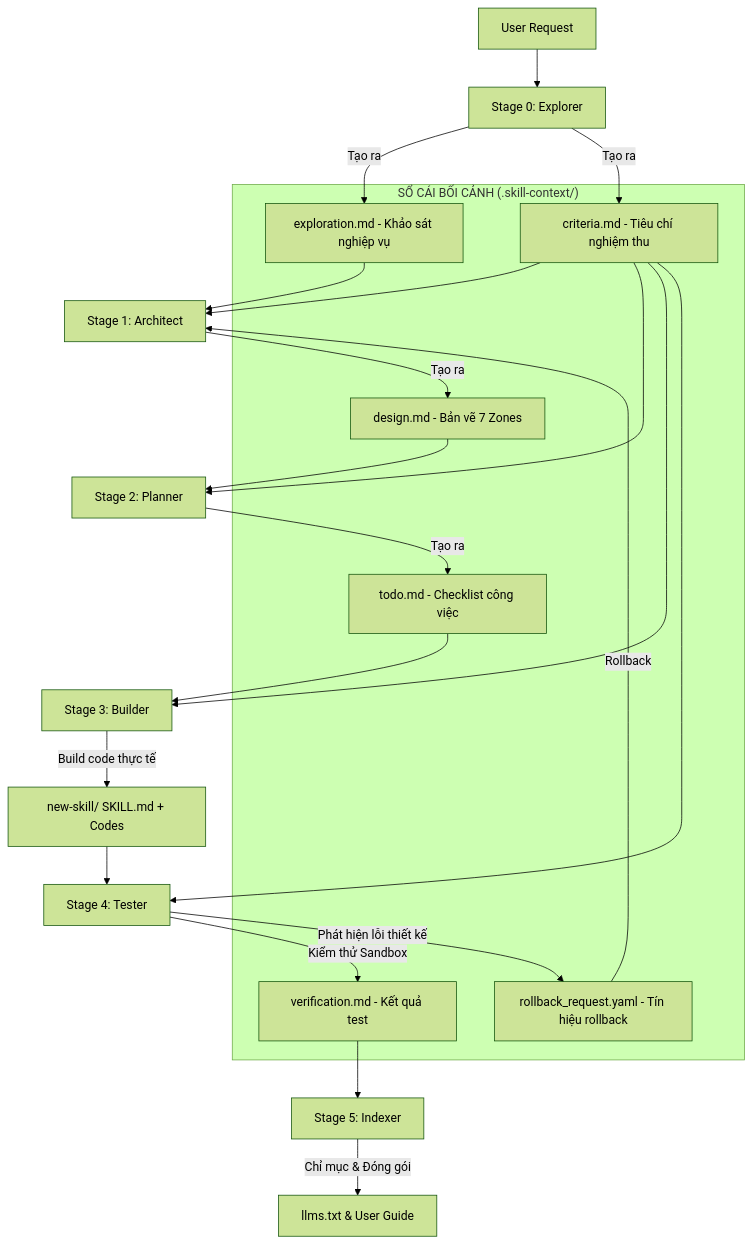
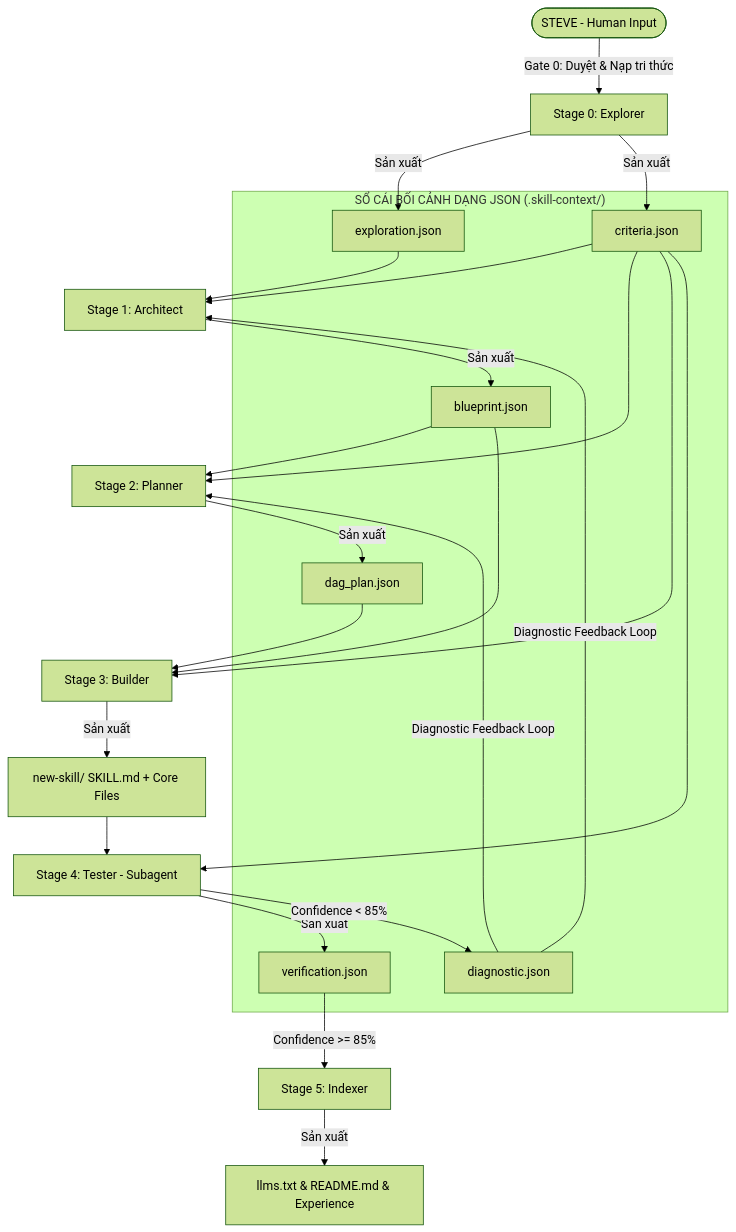
Before and after one commit to vuthuonghai-steve/deep_work_by_steve: the diagram in skills/Update-suite/current-suite/Ver_0/architecture.md, drawn with Mermaid (forest theme). The commit also changed other lines of this file and 4 other files, not shown here.

````diff
--- a/skills/Update-suite/current-suite/Ver_0/architecture.md
+++ b/skills/Update-suite/current-suite/Ver_0/architecture.md
@@ -40,32 +32,34 @@
 ```mermaid
 graph TD
-    subgraph StateLedger ["SỔ CÁI BỐI CẢNH (.skill-context/)"]
-        E[exploration.md - Khảo sát nghiệp vụ]
-        C[criteria.md - Tiêu chí nghiệm thu]
-        D[design.md - Bản vẽ 7 Zones]
-        T[todo.md - Checklist công việc]
-        V[verification.md - Kết quả test]
-        R[rollback_request.yaml - Tín hiệu rollback]
+    User([STEVE - Human Input])
+    
+    subgraph ContextLedger ["SỔ CÁI BỐI CẢNH DẠNG JSON (.skill-context/)"]
+        E[exploration.json]
+        C[criteria.json]
+        B[blueprint.json]
+        P[dag_plan.json]
+        V[verification.json]
+        D[diagnostic.json]
     end
 
-    U[User Request] --> S0[Stage 0: Explorer]
-    S0 -->|Tạo ra| E & C
+    User -->|Gate 0: Duyệt & Nạp tri thức| S0[Stage 0: Explorer]
+    S0 -->|Sản xuất| E & C
     
     E & C --> S1[Stage 1: Architect]
-    S1 -->|Tạo ra| D
+    S1 -->|Sản xuất| B
     
-    D & C --> S2[Stage 2: Planner]
-    S2 -->|Tạo ra| T
+    B & C --> S2[Stage 2: Planner]
+    S2 -->|Sản xuất| P
     
-    T & C --> S3[Stage 3: Builder]
-    S3 -->|Build code thực tế| SrcCode[new-skill/ SKILL.md + Codes]
+    P & B & C --> S3[Stage 3: Builder]
+    S3 -->|Sản xuất| SrcCode[new-skill/ SKILL.md + Core Files]
     
-    SrcCode & C --> S4[Stage 4: Tester]
-    S4 -->|Kiểm thử Sandbox| V
-    S4 -->|Phát hiện lỗi thiết kế| R
+    SrcCode & C --> S4[Stage 4: Tester - Subagent]
+    S4 -->|Sản xuất| V
+    S4 -->|Confidence < 85%| D
     
-    R -->|Rollback| S1
+    D -->|Diagnostic Feedback Loop| S1 & S2
     
-    V --> S5[Stage 5: Indexer]
-    S5 -->|Chỉ mục & Đóng gói| Index[llms.txt & User Guide]
+    V -->|Confidence >= 85%| S5[Stage 5: Indexer]
+    S5 -->|Sản xuất| Index[llms.txt & README.md & Experience]
 ```
````
